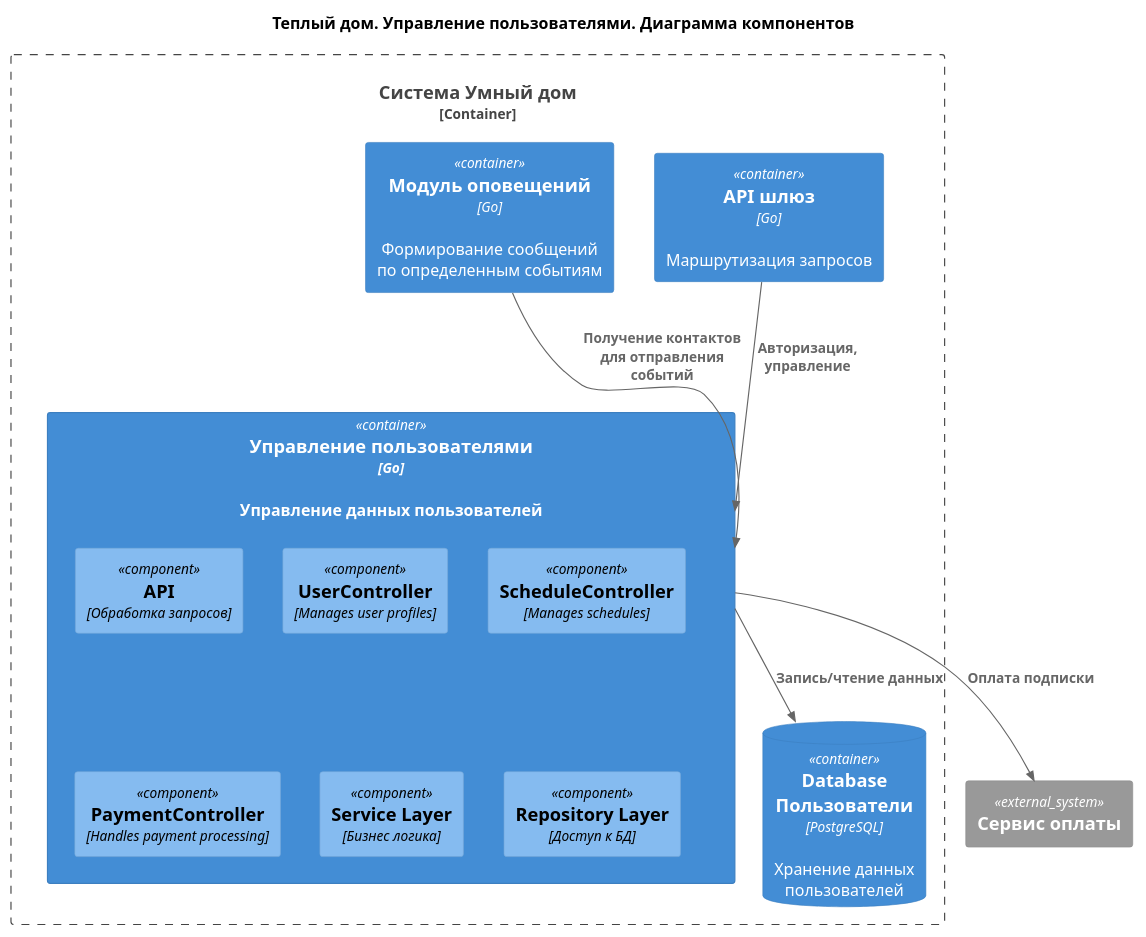
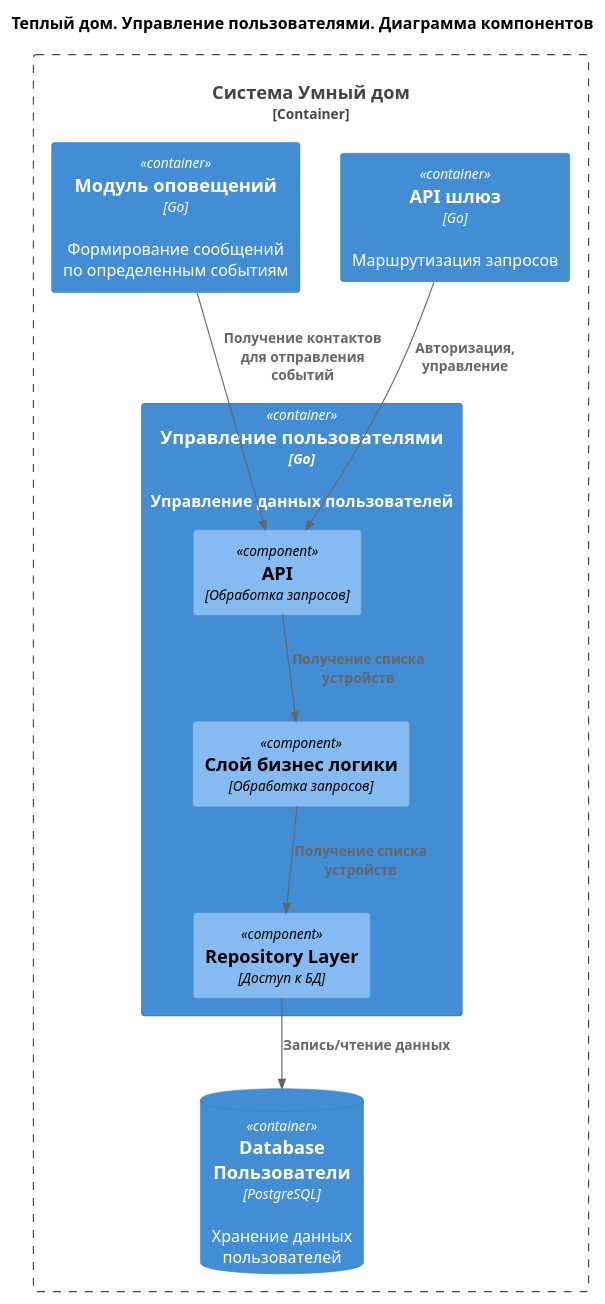
One commit to binaril/architecture-warmhouse changed the diagram in diagrams/C4.Component.UserAccess.puml. Above: the diagram before and after it, drawn with PlantUML. The commit also changed 7 other files, not shown here.

```diff
--- a/diagrams/C4.Component.UserAccess.puml
+++ b/diagrams/C4.Component.UserAccess.puml
@@ -1,31 +1,27 @@
 @startuml
 title Теплый дом. Управление пользователями. Диаграмма компонентов
 
 top to bottom direction
 
 !includeurl https://raw.githubusercontent.com/RicardoNiepel/C4-PlantUML/master/C4_Component.puml
 
 
 Container_Boundary(SmartHouse, "Система Умный дом") {
   Container(UserAccess, "Управление пользователями", "Go", "Управление данных пользователей")
   Container(GateWay, "API шлюз", "Go", "Маршрутизация запросов")
   ContainerDb(UserAccessDb, "Database Пользователи", "PostgreSQL", "Хранение данных пользователей")
   Container(Notification, "Модуль оповещений", "Go", "Формирование сообщений по определенным событиям")
 }
 
-System_Ext(PaidService, "Сервис оплаты", "")
-
 Container(UserAccess, "Управление пользователями", "Go") {
-  Component(ApiHandler, "API", "Обработка запросов")
-  Component(PollingCircle, "UserController", "Manages user profiles")
-  Component(ScheduleController, "ScheduleController", "Manages schedules")
-  Component(PaymentController, "PaymentController", "Handles payment processing")
-  Component(Aggragator, "Service Layer", "Бизнес логика")
+  Component(AccessController, "API", "Обработка запросов")
+  Component(ServiceLayer, "Слой бизнес логики", "Обработка запросов")
   Component(RepositoryLayer, "Repository Layer", "Доступ к БД")
 }
 
-Rel(GateWay, UserAccess, "Авторизация, управление")
-Rel(UserAccess, UserAccessDb, "Запись/чтение данных")
-Rel(UserAccess, PaidService, "Оплата подписки")
-Rel(Notification, UserAccess, "Получение контактов для отправления событий")
+Rel(GateWay, AccessController, "Авторизация, управление")
+Rel(AccessController, ServiceLayer, "Получение списка устройств")
+Rel(ServiceLayer, RepositoryLayer, "Получение списка устройств")
+Rel(RepositoryLayer, UserAccessDb, "Запись/чтение данных")
+Rel(Notification, AccessController, "Получение контактов для отправления событий")
 @enduml
```
